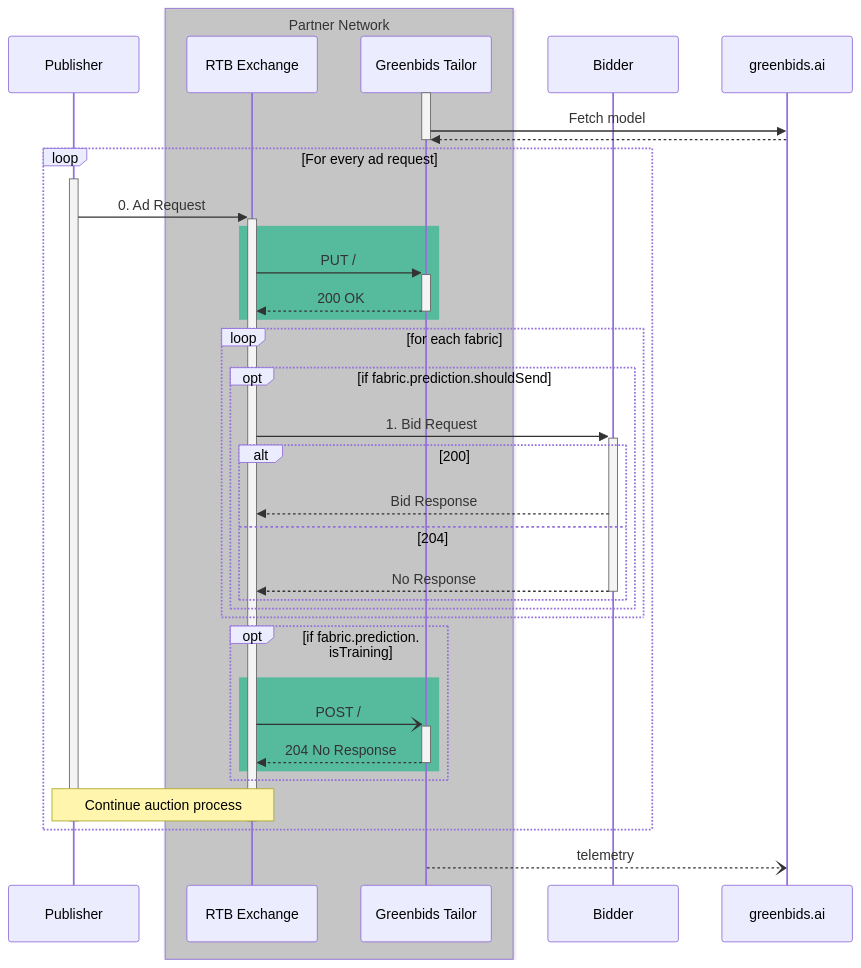
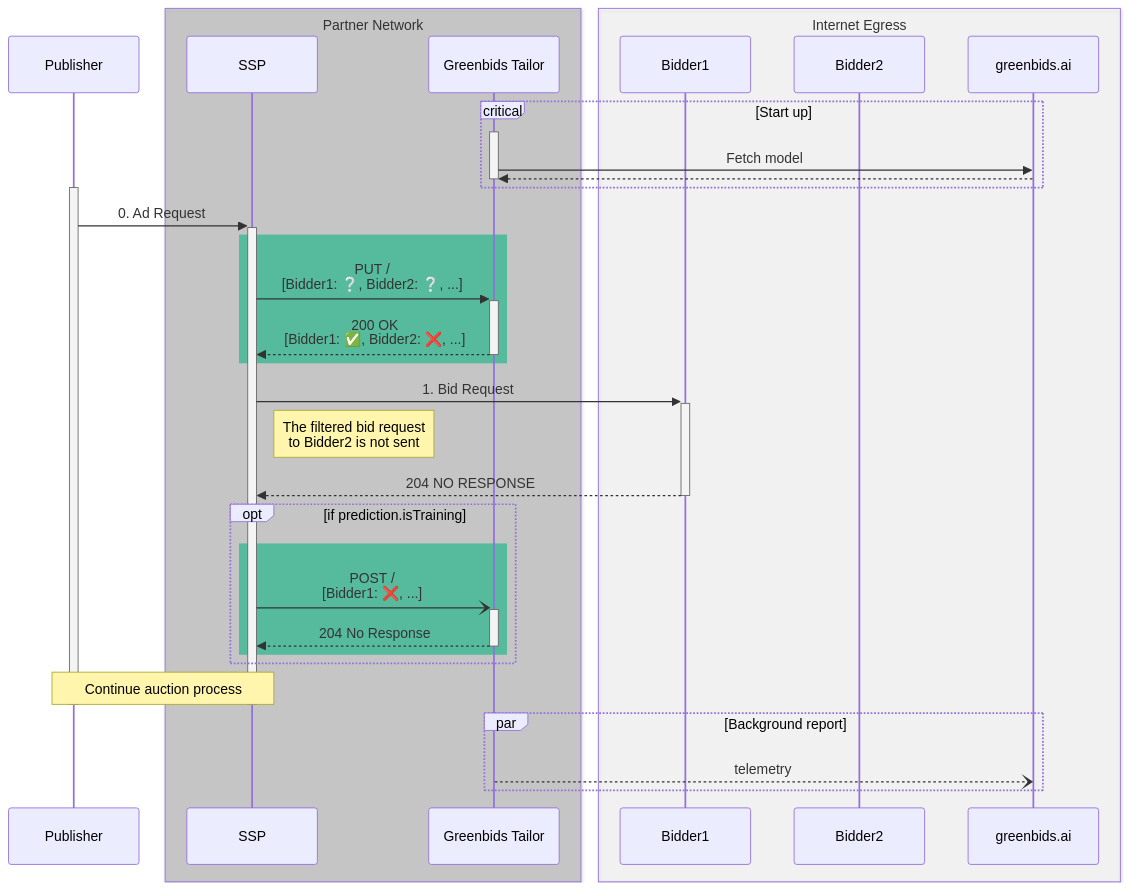
The diagram in README.md (greenbids/greenbids-tailor-external), drawn with Mermaid before and after one commit.

Commit message:
docs: update sequence diagram

````diff
--- a/README.md
+++ b/README.md
@@ -77,48 +77,47 @@
 ```mermaid
 sequenceDiagram
     participant Publisher
     box rgba(128, 128, 128, 0.33) Partner Network
-        participant SSP as RTB Exchange
+        participant SSP
         participant GB as Greenbids Tailor
     end
-    participant Bidder
-    participant greenbids.ai
+    box rgba(255, 255, 255, 0.3) Internet Egress
+        participant Bidder1
+        participant Bidder2
+        participant greenbids.ai
+    end
 
-    activate GB
-    GB ->> greenbids.ai: Fetch model
-    greenbids.ai -->> GB: 
-    deactivate GB
+    critical Start up
+        activate GB
+        GB ->> greenbids.ai: Fetch model
+        greenbids.ai -->> GB:
+        deactivate GB
+    end
 
-    loop For every ad request
-        activate Publisher
-        Publisher ->>+ SSP: 0. Ad Request
+    activate Publisher
+    Publisher ->>+ SSP: 0. Ad Request
 
+    rect rgba(30, 183, 136, 0.66)
+    SSP ->>+ GB: PUT /<br/>[Bidder1: ❔, Bidder2: ❔, ...]
+    GB -->>- SSP: 200 OK<br/>[Bidder1: ✅, Bidder2: ❌, ...]
+    end
+
+
+    SSP ->>+ Bidder1 : 1. Bid Request
+    note right of SSP: The filtered bid request<br/>to Bidder2 is not sent
+    Bidder1 -->>- SSP: 204 NO RESPONSE
+
+    opt if prediction.isTraining
         rect rgba(30, 183, 136, 0.66)
-        SSP ->>+ GB: PUT /
-        GB -->>- SSP: 200 OK
+            SSP -)+ GB: POST /<br/>[Bidder1: ❌, ...]
+            GB -->>- SSP: 204 No Response
         end
+    end
 
-        loop for each fabric
-            opt if fabric.prediction.shouldSend
-                SSP ->>+ Bidder : 1. Bid Request
-                alt 200
-                Bidder -->> SSP: Bid Response
-                else 204
-                Bidder -->>- SSP: No Response
-                end
-            end
-        end
-
-        opt if fabric.prediction. isTraining
-            rect rgba(30, 183, 136, 0.66)
-                SSP -)+ GB: POST /
-                GB -->>- SSP: 204 No Response
-            end
-        end
-
-        note over Publisher,SSP: Continue auction process
-        deactivate SSP
-        deactivate Publisher
+    note over Publisher,SSP: Continue auction process
+    deactivate SSP
+    deactivate Publisher
+    par Background report
+        GB --) greenbids.ai: telemetry
     end
-        GB --) greenbids.ai: telemetry
 ```
````
